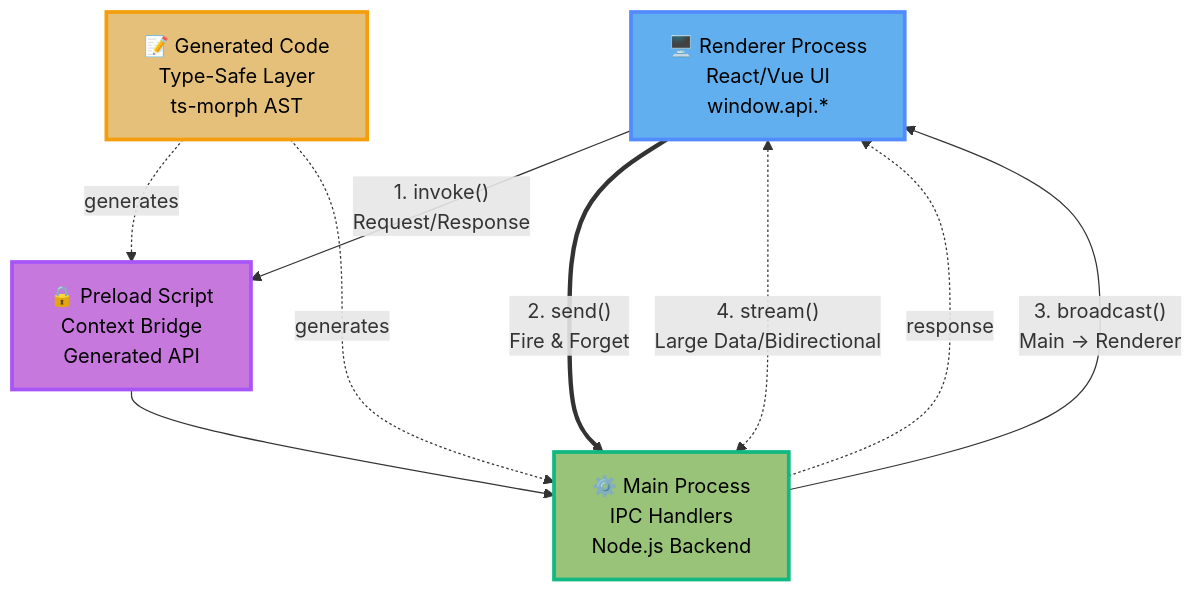
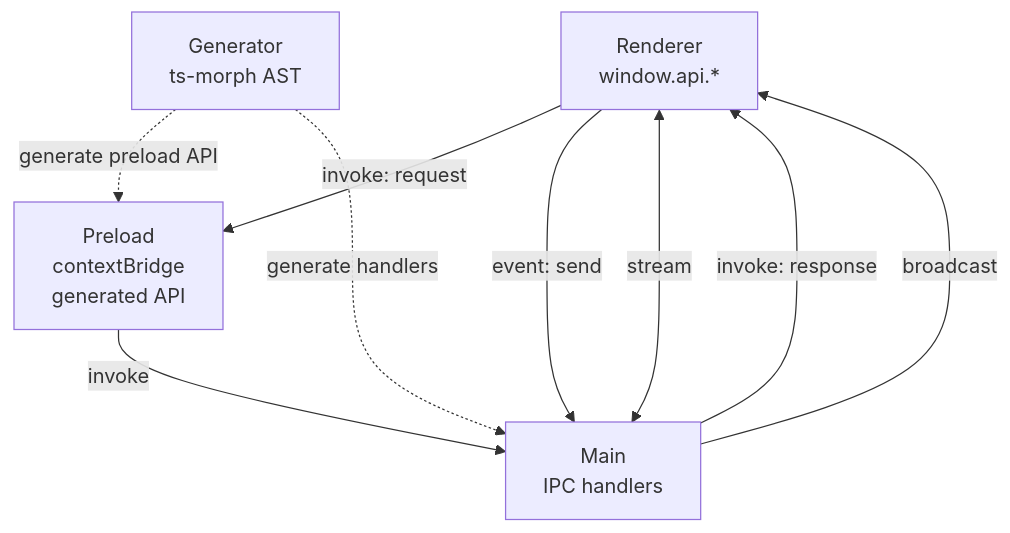
One commit to Michael--/electron-ipc changed the first of 4 diagrams in docs-site/guide/overview.md. Above: the diagram before and after it, drawn with Mermaid. The commit also changed other lines of this file and 8 other files, not shown here.

First line of the commit message:
docs: add and fix mermaid diagrams across docs

````diff
--- a/docs-site/guide/overview.md
+++ b/docs-site/guide/overview.md
@@ -17,40 +17,18 @@
 ```mermaid
-flowchart
-    R["🖥️ Renderer Process
-    React/Vue UI
-    window.api.*"]
+flowchart TD
+    R["Renderer<br/>window.api.*"]
+    P["Preload<br/>contextBridge<br/>generated API"]
+    M["Main<br/>IPC handlers"]
+    G["Generator<br/>ts-morph AST"]
 
-    P["🔒 Preload Script
-    Context Bridge
-    Generated API"]
+    R -->|"invoke: request"| P
+    P -->|invoke| M
+    M -->|"invoke: response"| R
 
-    M["⚙️ Main Process
-    IPC Handlers
-    Node.js Backend"]
+    R -->|"event: send"| M
+    M -->|broadcast| R
+    R <-->|stream| M
 
-    G["📝 Generated Code
-    Type-Safe Layer
-    ts-morph AST"]
-
-    R -->|"1. invoke()
-    Request/Response"| P
-    P --> M
-    M -.->|response| R
-
-    R ==>|"2. send()
-    Fire & Forget"| M
-
-    M -->|"3. broadcast()
-    Main → Renderer"| R
-
-    R <-.->|"4. stream()
-    Large Data/Bidirectional"| M
-
-    G -.->|"generates"| P
-    G -.->|"generates"| M
-
-    style R fill:#61afef,stroke:#528bff,stroke-width:3px,color:#000
-    style P fill:#c678dd,stroke:#a855f7,stroke-width:3px,color:#000
-    style M fill:#98c379,stroke:#10b981,stroke-width:3px,color:#000
-    style G fill:#e5c07b,stroke:#f59e0b,stroke-width:3px,color:#000
+    G -.->|generate preload API| P
+    G -.->|generate handlers| M
 ```
````
